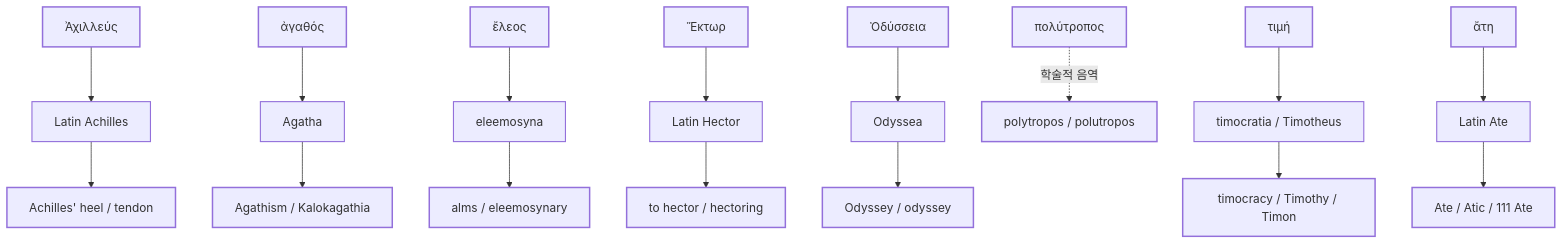
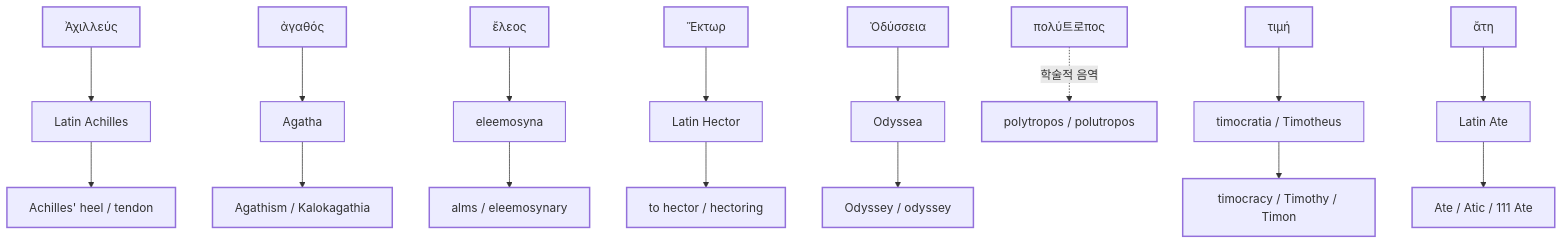
The diagram in words/index.md (YgHnSIM/Homer_wiki), drawn with Mermaid before and after one commit. The commit also changed other lines of this file and 8 other files, not shown here.

````diff
--- a/words/index.md
+++ b/words/index.md
@@ -21,15 +21,15 @@
 ```mermaid
 graph TB
     classDef greek stroke-width:2px;
     classDef latin stroke-width:1.5px;
     classDef english stroke-width:2px;
 
     G1["Ἀχιλλεύς"]:::greek --> L1["Latin Achilles"]:::latin --> E1["Achilles' heel / tendon"]:::english
     G2["ἀγαθός"]:::greek --> L2["Agatha"]:::latin --> E2["Agathism / Kalokagathia"]:::english
     G3["ἔλεος"]:::greek --> L3["eleemosyna"]:::latin --> E3["alms / eleemosynary"]:::english
     G4["Ἕκτωρ"]:::greek --> L4["Latin Hector"]:::latin --> E4["to hector / hectoring"]:::english
     G5["Ὀδύσσεια"]:::greek --> L5["Odyssea"]:::latin --> E5["Odyssey / odyssey"]:::english
-    G6["πολύτροπος"]:::greek -. "학술적 음역" .-> E6["polytropos / polutropos"]:::english
+    G6["πολύ트로πος"]:::greek -. "학술적 음역" .-> E6["polytropos / polutropos"]:::english
     G7["τιμή"]:::greek --> L7["timocratia / Timotheus"]:::latin --> E7["timocracy / Timothy / Timon"]:::english
     G8["ἄτη"]:::greek --> L8["Latin Ate"]:::latin --> E8["Ate / Atic / 111 Ate"]:::english
 ```
````
